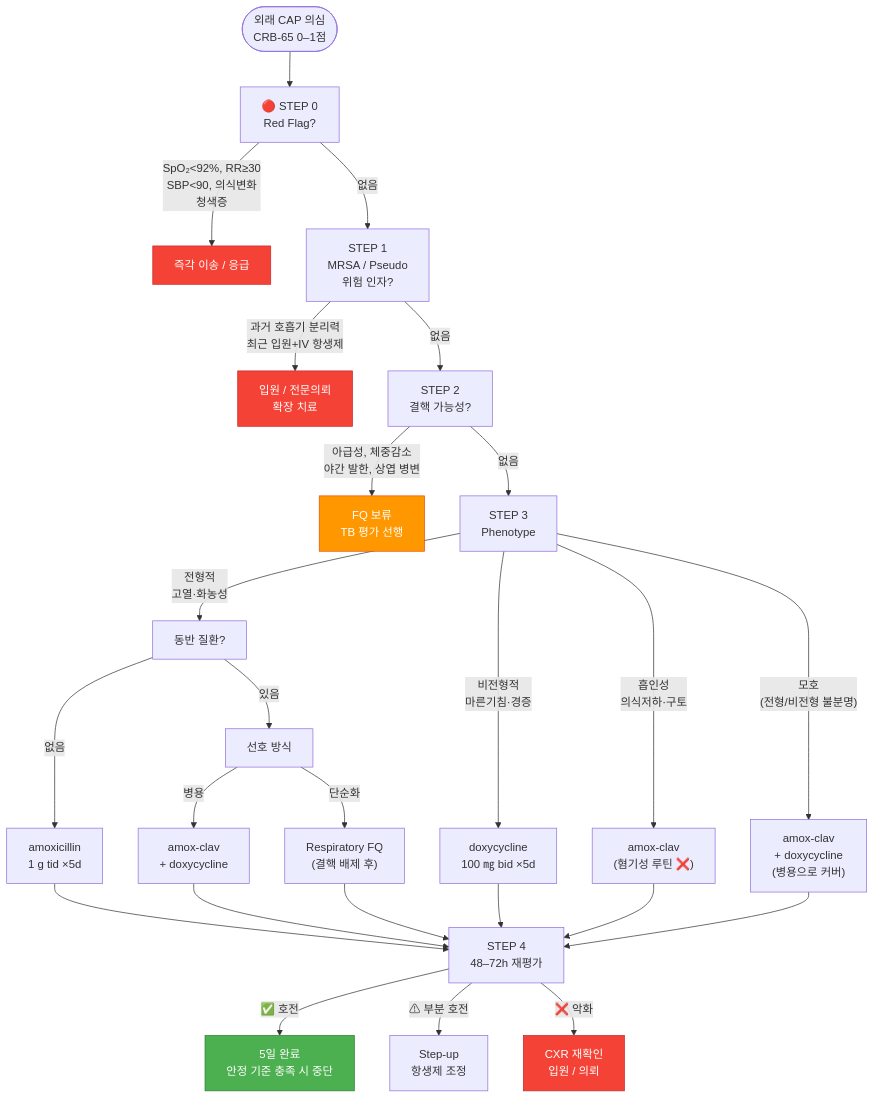
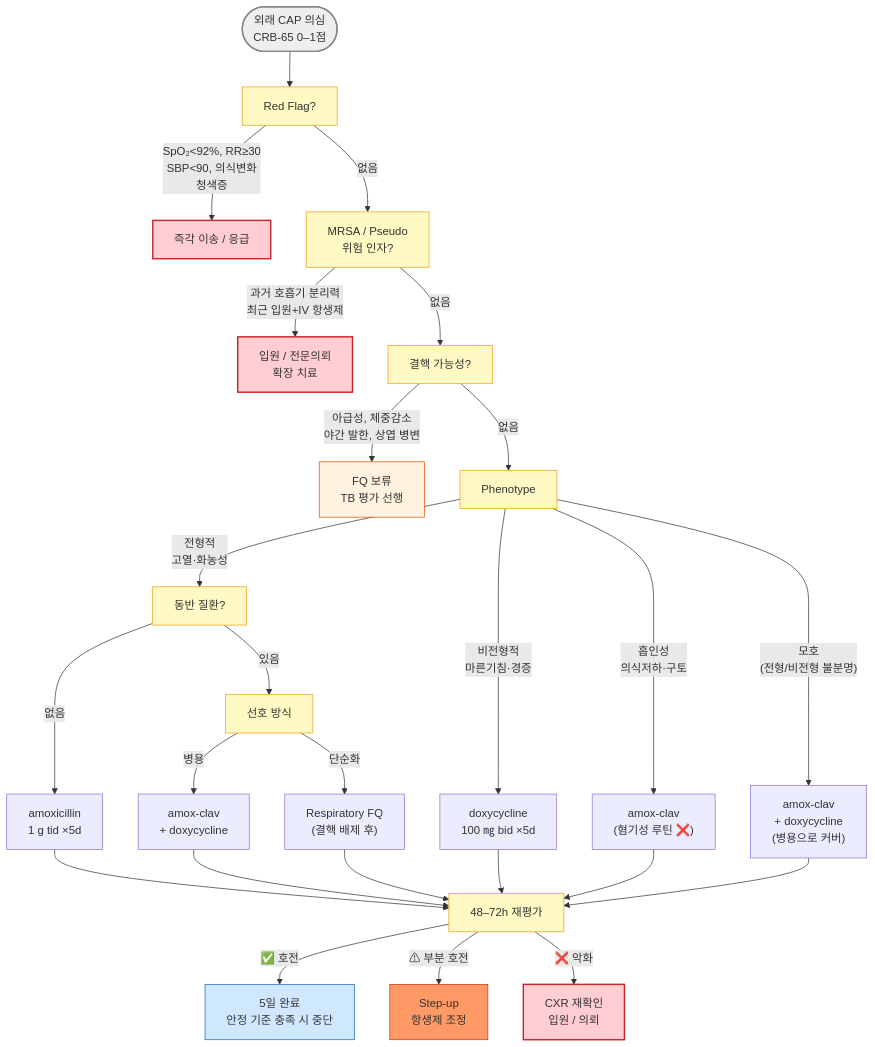
Before and after one commit to familyoh77/familyoh77: the first of 2 diagrams in 223_/068_-pneumonia.md, drawn with Mermaid. The commit also changed other lines of this file, not shown here.

````diff
--- a/223_/068_-pneumonia.md
+++ b/223_/068_-pneumonia.md
@@ -162,39 +157,43 @@
 ```mermaid
 flowchart TD
-    A([외래 CAP 의심<br/>CRB-65 0–1점]) --> B["🔴 STEP 0<br/>Red Flag?"]
+    A([외래 CAP 의심<br/>CRB-65 0–1점]) --> B["Red Flag?"]
     B -- "SpO₂<92%, RR≥30<br/>SBP<90, 의식변화<br/>청색증" --> C[즉각 이송 / 응급]
 
-    B -- 없음 --> D["STEP 1<br/>MRSA / Pseudo<br/>위험 인자?"]
+    B -- 없음 --> D["MRSA / Pseudo<br/>위험 인자?"]
     D -- "과거 호흡기 분리력<br/>최근 입원+IV 항생제" --> E[입원 / 전문의뢰<br/>확장 치료]
-    D -- 없음 --> F["STEP 2<br/>결핵 가능성?"]
+    D -- 없음 --> F["결핵 가능성?"]
 
     F -- "아급성, 체중감소<br/>야간 발한, 상엽 병변" --> G[FQ 보류<br/>TB 평가 선행]
-    F -- 없음 --> H["STEP 3<br/>Phenotype"]
+    F -- 없음 --> H["Phenotype"]
 
     H -- "전형적<br/>고열·화농성" --> I[동반 질환?]
     H -- "비전형적<br/>마른기침·경증" --> J[doxycycline<br/>100 ㎎ bid ×5d]
     H -- "흡인성<br/>의식저하·구토" --> K["amox-clav<br/>(혐기성 루틴 ❌)"]
     H -- "모호<br/>(전형/비전형 불분명)" --> H2["amox-clav<br/>+ doxycycline<br/>(병용으로 커버)"]
 
     I -- 없음 --> L[amoxicillin<br/>1 g tid ×5d]
     I -- 있음 --> M[선호 방식]
     M -- 병용 --> N[amox-clav<br/>+ doxycycline]
     M -- 단순화 --> O["Respiratory FQ<br/>(결핵 배제 후)"]
 
-    L --> P["STEP 4<br/>48–72h 재평가"]
+    L --> P["48–72h 재평가"]
     J --> P
     H2 --> P
     K --> P
     N --> P
     O --> P
 
     P -- "✅ 호전" --> Q[5일 완료<br/>안정 기준 충족 시 중단]
     P -- "⚠ 부분 호전" --> R[Step-up<br/>항생제 조정]
     P -- "❌ 악화" --> S[CXR 재확인<br/>입원 / 의뢰]
+style A fill:#eeeeee,stroke:#888888,stroke-width:2px
+classDef yellow fill:#fff9c4,stroke:#f39c12
+class B,D,F,H,I,M,P yellow
+classDef L_red fill:#ffcdd2,stroke:#c62828,stroke-width:2px
+class C,E,S L_red
+style G fill:#fff3e0,stroke:#e65100
 
-    style C fill:#f44336,stroke:#c62828,color:#fff
-    style E fill:#f44336,stroke:#c62828,color:#fff
-    style G fill:#ff9800,stroke:#e65100,color:#fff
-    style Q fill:#4caf50,stroke:#2e7d32,color:#fff
-    style S fill:#f44336,stroke:#c62828,color:#fff
+    style R fill:#ff9966,stroke:#cc3300
+    style Q fill:#d0e8ff,stroke:#1a6abf
+
 ```
````
